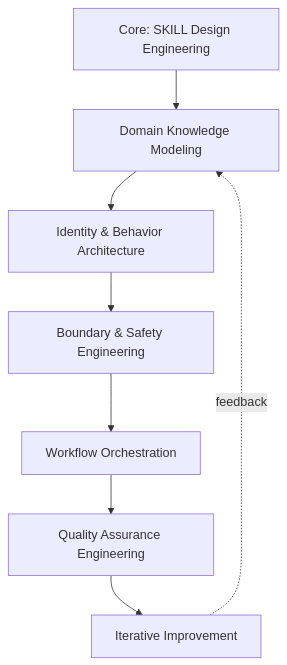
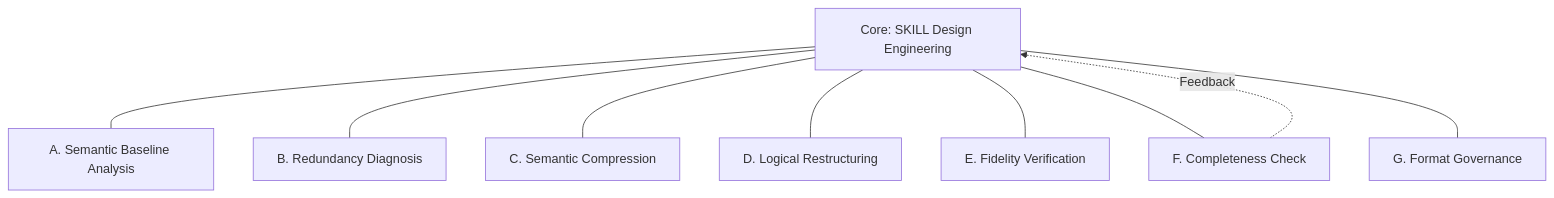
The first of 3 diagrams in README.md (benbird316/UR-SKILL), drawn with Mermaid before and after one commit. The commit also changed other lines of this file and 145 other files, not shown here.

````diff
--- a/README.md
+++ b/README.md
@@ -139,12 +203,19 @@
 ```mermaid
 graph TB
     CORE["Core: SKILL Design Engineering"]
-    D1["Domain Knowledge Modeling"]
-    D2["Identity & Behavior Architecture"]
-    D3["Boundary & Safety Engineering"]
-    D4["Workflow Orchestration"]
-    D5["Quality Assurance Engineering"]
-    D6["Iterative Improvement"]
-    CORE --> D1 --> D2 --> D3 --> D4 --> D5 --> D6
-    D6 -.->|feedback| D1
+    D1["A. Semantic Baseline Analysis"]
+    D2["B. Redundancy Diagnosis"]
+    D3["C. Semantic Compression"]
+    D4["D. Logical Restructuring"]
+    D5["E. Fidelity Verification"]
+    D6["F. Completeness Check"]
+    D7["G. Format Governance"]
+    CORE --- D1
+    CORE --- D2
+    CORE --- D3
+    CORE --- D4
+    CORE --- D5
+    CORE --- D6
+    CORE --- D7
+    D6 -.->|Feedback| CORE
 ```
````
